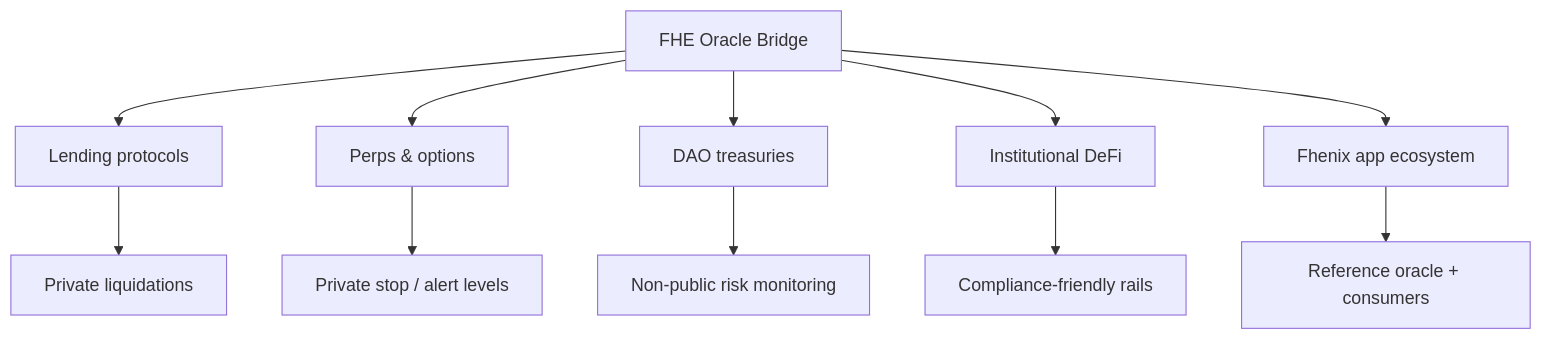
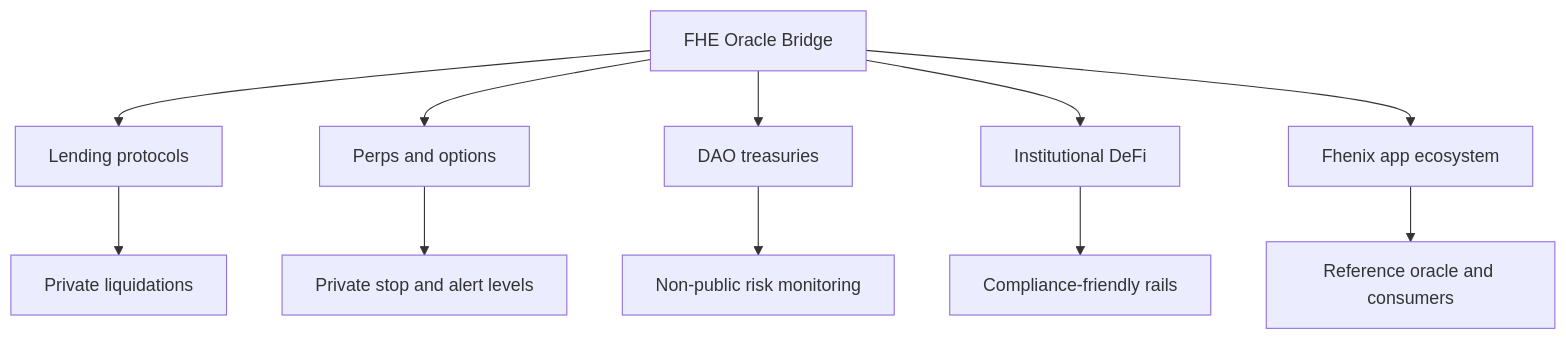
One commit to Nanle-code/fhe-oracle-bridge changed the sixth of 7 diagrams in README.md. Above: the diagram before and after it, drawn with Mermaid. The commit also changed other lines of this file, not shown here.

````diff
--- a/README.md
+++ b/README.md
@@ -917,14 +913,14 @@
 ```mermaid
 flowchart TD
     A[FHE Oracle Bridge] --> B[Lending protocols]
-    A --> C[Perps & options]
+    A --> C[Perps and options]
     A --> D[DAO treasuries]
     A --> E[Institutional DeFi]
     A --> F[Fhenix app ecosystem]
 
     B --> G[Private liquidations]
-    C --> H[Private stop / alert levels]
+    C --> H[Private stop and alert levels]
     D --> I[Non-public risk monitoring]
     E --> J[Compliance-friendly rails]
-    F --> K[Reference oracle + consumers]
+    F --> K[Reference oracle and consumers]
 ```
````
